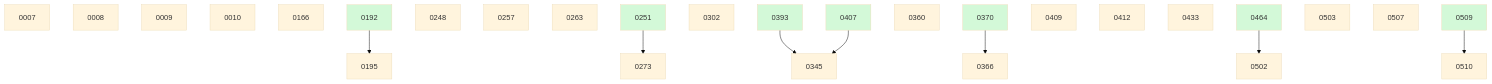
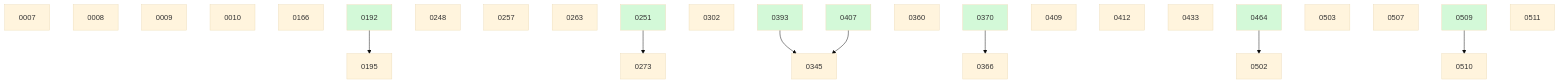
The diagram in docs/changes/BOARD.md (danielhanold/docket), drawn with Mermaid (base theme) before and after one commit. The commit also changed other lines of this file and 1 other file, not shown here.

````diff
--- a/docs/changes/BOARD.md
+++ b/docs/changes/BOARD.md
@@ -46,33 +47,34 @@
 ```mermaid
 graph TD
   0007
   0008
   0009
   0010
   0166
   0192 --> 0195
   0248
   0257
   0263
   0251 --> 0273
   0302
   0393 --> 0345
   0407 --> 0345
   0360
   0370 --> 0366
   0409
   0412
   0433
   0464 --> 0502
   0503
   0507
   0509 --> 0510
+  0511
   0192:::done
   0251:::done
   0370:::done
   0393:::done
   0407:::done
   0464:::done
   0509:::done
   classDef done fill:#d3f9d8;
 ```
````
